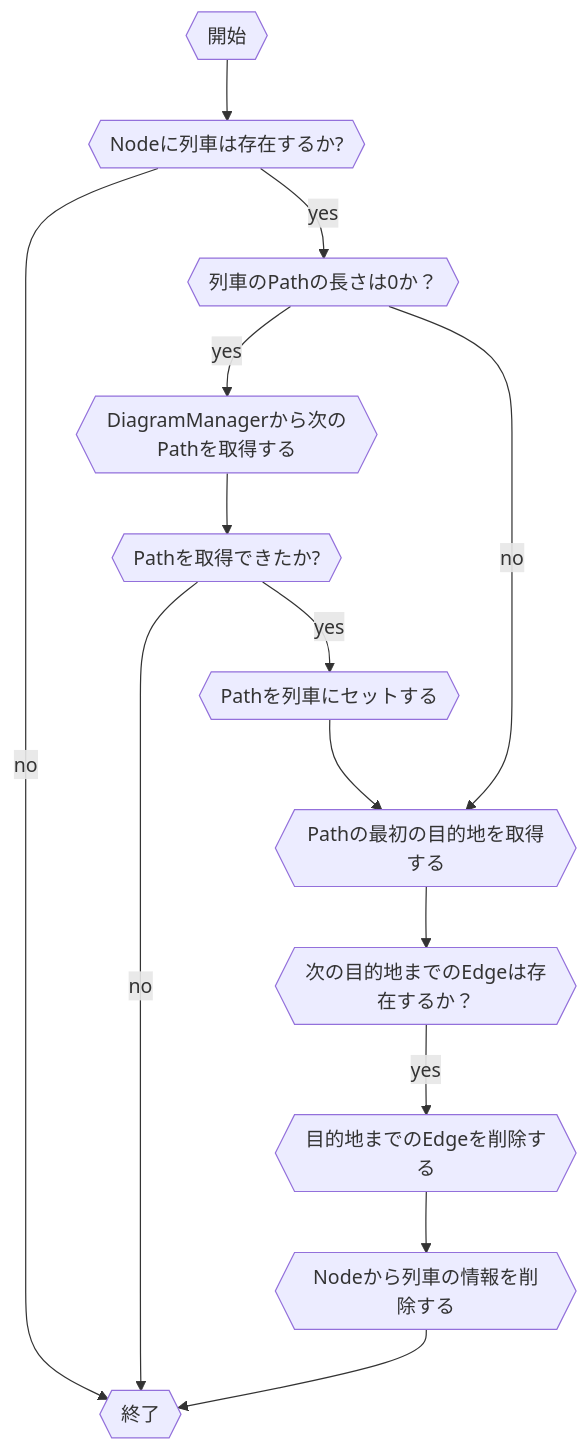
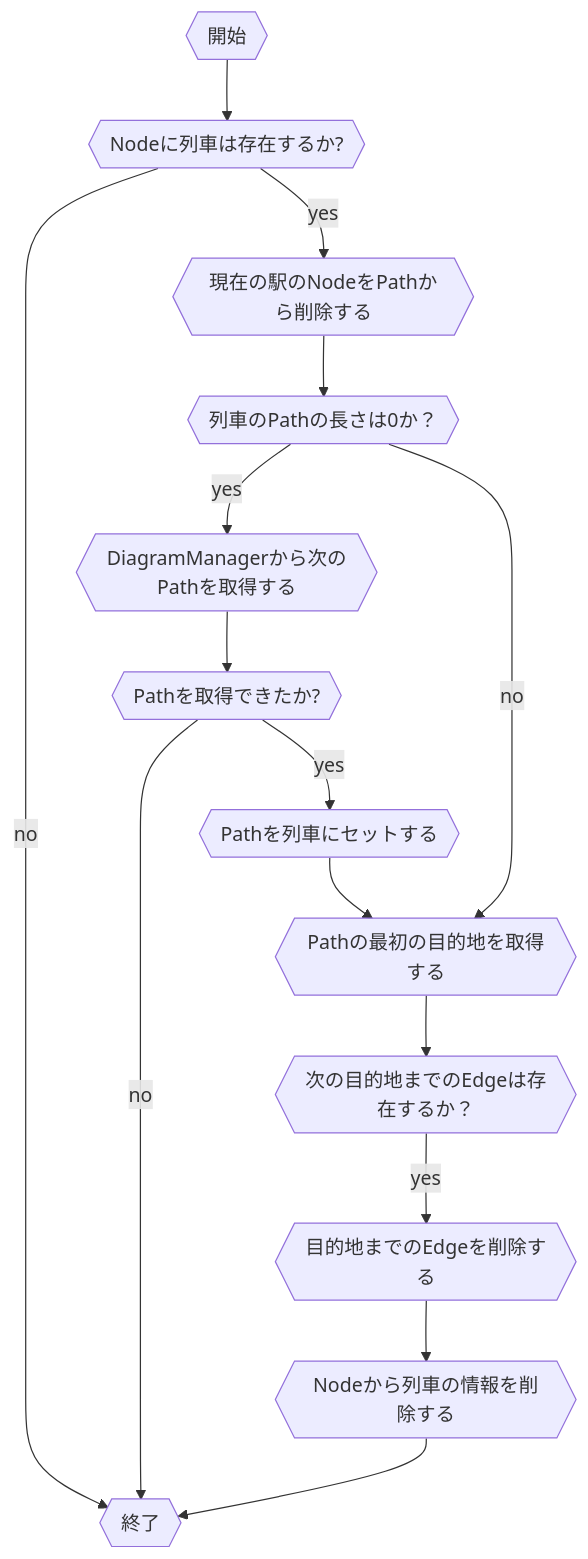
One commit to ueckoken/plarail2023 changed the second of 3 diagrams in documents/src/software/auto_operation/algorith.md. Above: the diagram before and after it, drawn with Mermaid. The commit also changed other lines of this file, not shown here.

````diff
--- a/documents/src/software/auto_operation/algorith.md
+++ b/documents/src/software/auto_operation/algorith.md
@@ -26,19 +40,20 @@
 ```mermaid
 flowchart TD
   idstart{{"開始"}}
   idstart --> id0{{"Nodeに列車は存在するか?"}}
-  id0 -->|yes| id
+  id0 -->|yes| idQ{{"現在の駅のNodeをPathから削除する"}}
+  idQ --> id
   id0 -->|no| idend{{"終了"}}
   id{{"列車のPathの長さは0か？"}}
   id -->|yes| id1{{"DiagramManagerから次のPathを取得する"}}
   id1 --> id6
   id6{{"Pathを取得できたか?"}}
   id6 -->|no| idend
   id6 -->|yes| id7{{"Pathを列車にセットする"}}
   id7 --> id2
   id -->|no| id2{{"Pathの最初の目的地を取得する"}}
   id2 --> id3{{"次の目的地までのEdgeは存在するか？"}}
   id3 -->|yes| id4{{"目的地までのEdgeを削除する"}}
   id4 --> id5{{"Nodeから列車の情報を削除する"}}
   id5 --> idend
 ```
````
